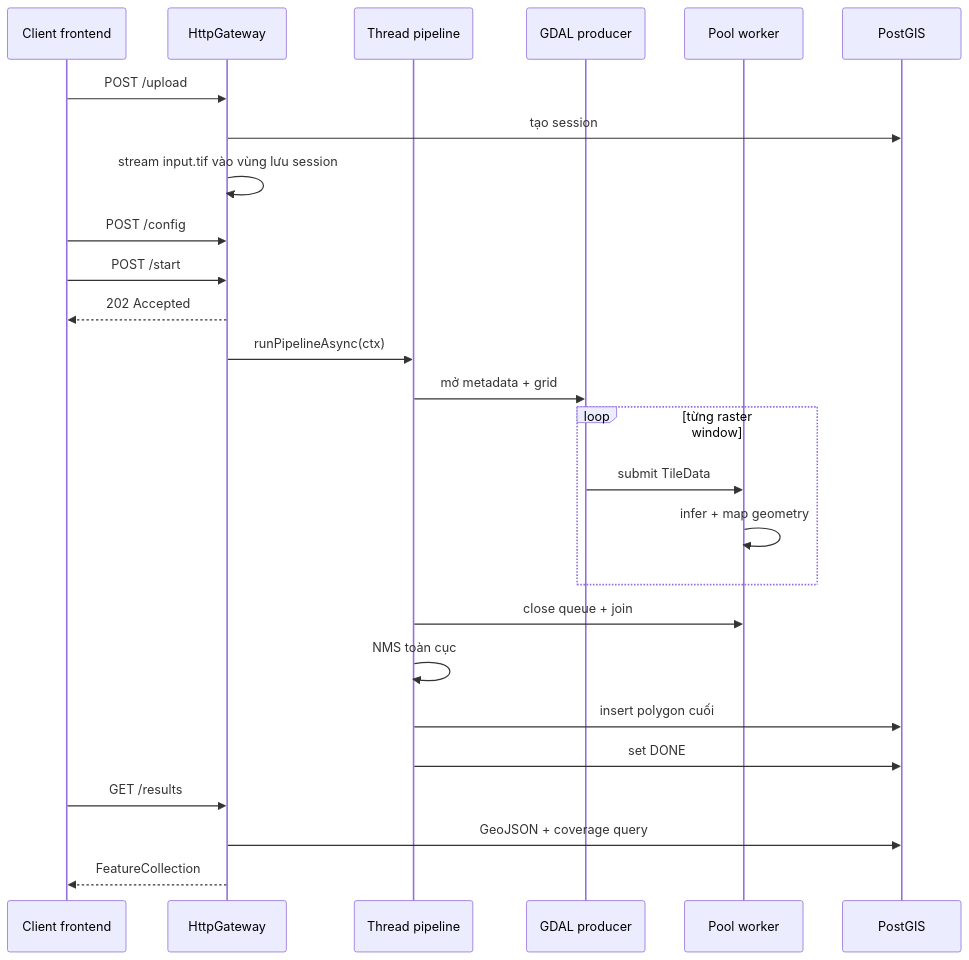
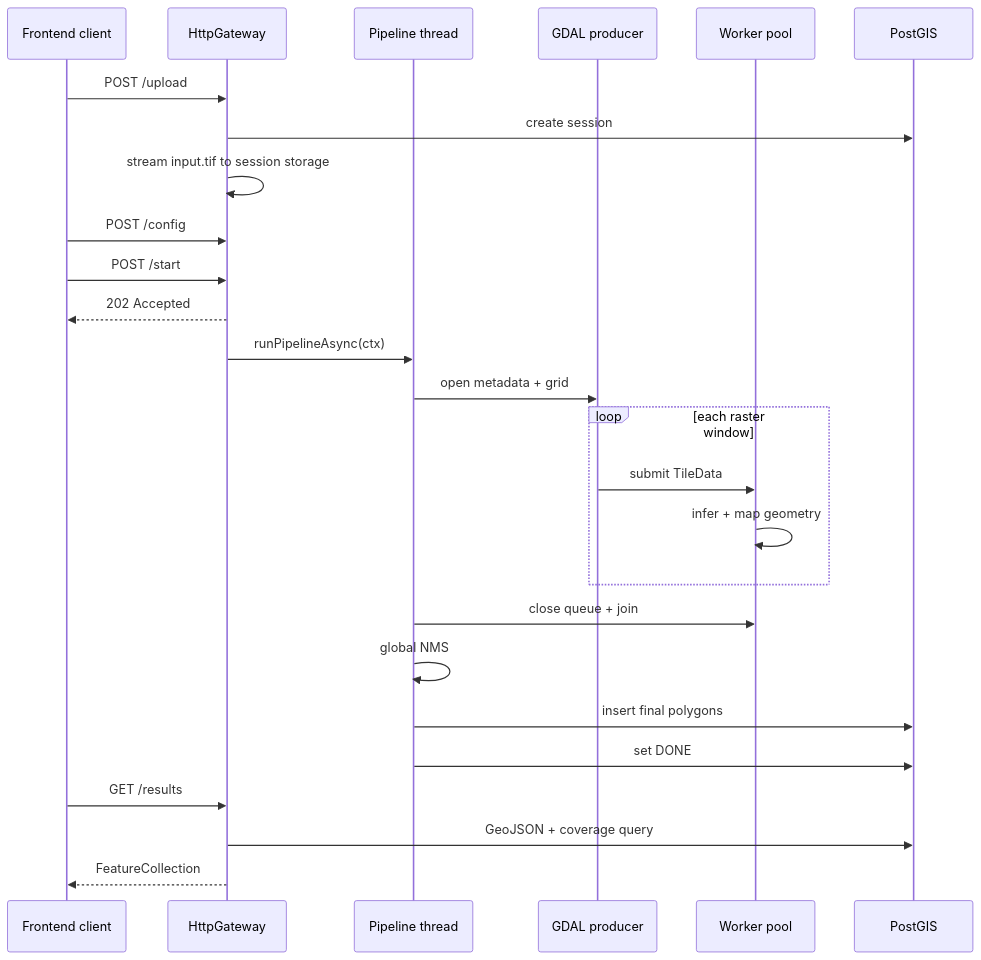
One commit to Dinhthuy2k5/remote-sensing-pipeline changed the first of 2 diagrams in docs/PIPELINE.md. Above: the diagram before and after it, drawn with Mermaid. The commit also changed other lines of this file and 4 other files, not shown here.

Commit message:
docs: localize documentation and keep diagrams precise

````diff
--- a/docs/PIPELINE.md
+++ b/docs/PIPELINE.md
@@ -9,29 +9,29 @@
 ```mermaid
 sequenceDiagram
-    participant UI as Client frontend
+    participant UI as Frontend client
     participant API as HttpGateway
-    participant P as Thread pipeline
+    participant P as Pipeline thread
     participant G as GDAL producer
-    participant W as Pool worker
+    participant W as Worker pool
     participant DB as PostGIS
 
     UI->>API: POST /upload
-    API->>DB: tạo session
-    API->>API: stream input.tif vào vùng lưu session
+    API->>DB: create session
+    API->>API: stream input.tif to session storage
     UI->>API: POST /config
     UI->>API: POST /start
     API-->>UI: 202 Accepted
     API->>P: runPipelineAsync(ctx)
-    P->>G: mở metadata + grid
-    loop từng raster window
+    P->>G: open metadata + grid
+    loop each raster window
         G->>W: submit TileData
         W->>W: infer + map geometry
     end
     P->>W: close queue + join
-    P->>P: NMS toàn cục
-    P->>DB: insert polygon cuối
+    P->>P: global NMS
+    P->>DB: insert final polygons
     P->>DB: set DONE
     UI->>API: GET /results
     API->>DB: GeoJSON + coverage query
     API-->>UI: FeatureCollection
 ```
````
